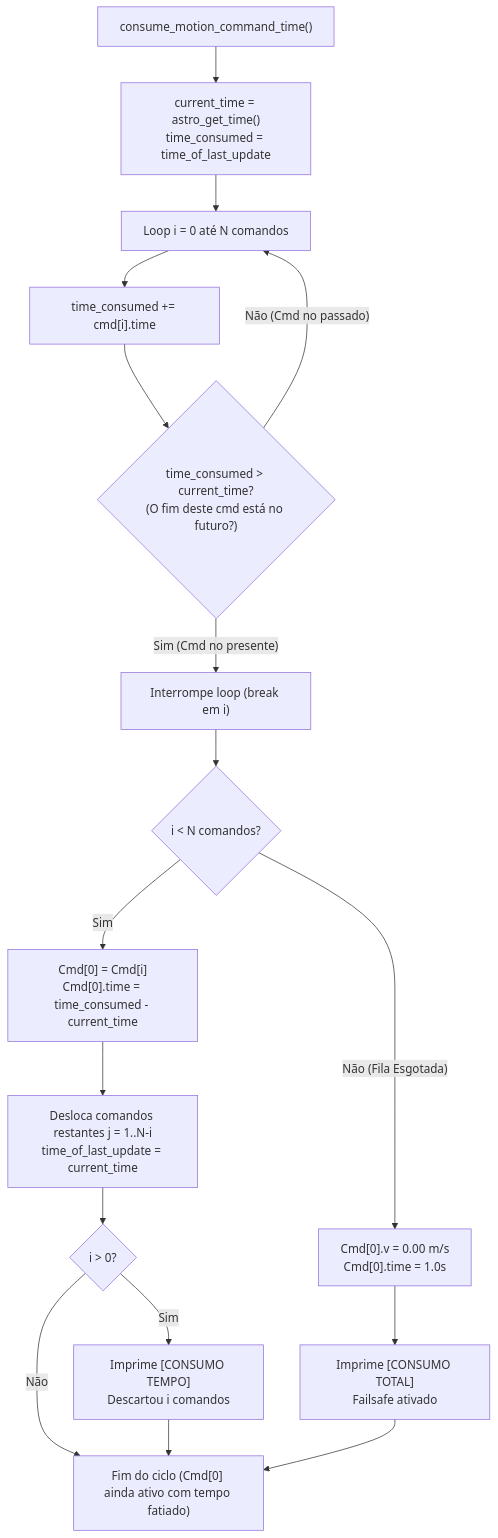
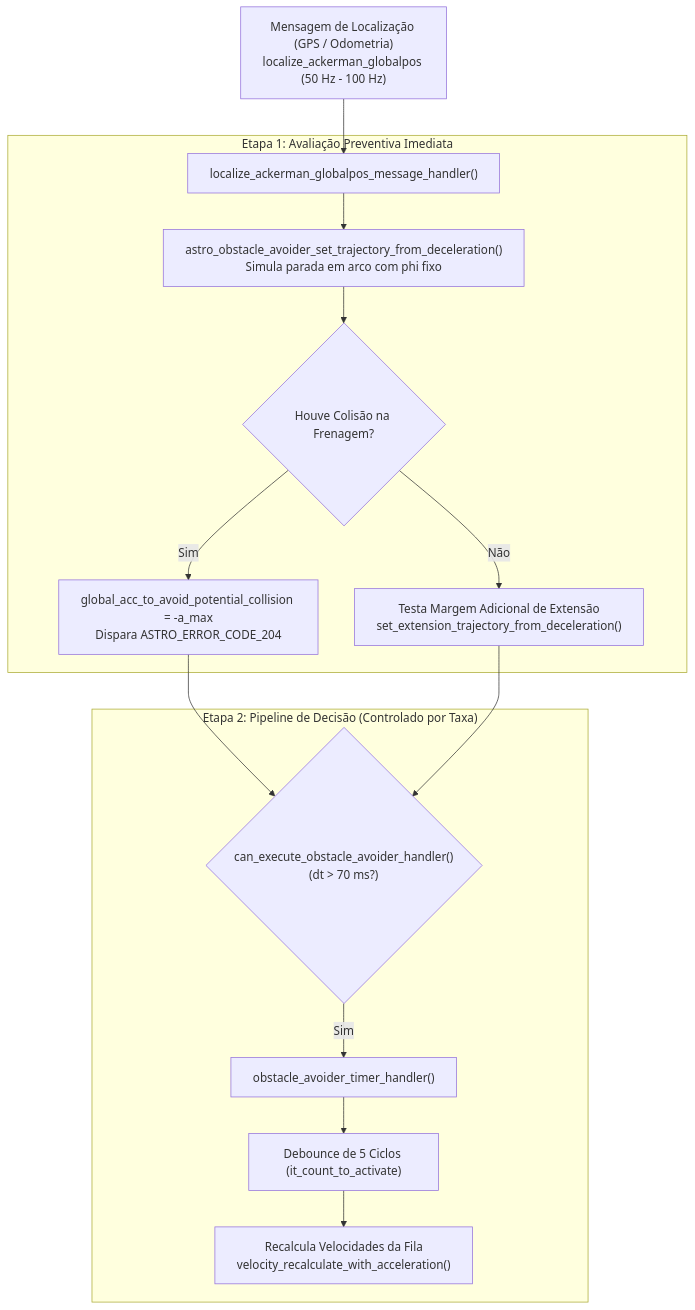
The first of 2 diagrams in README.md (BrenoCSilva/lume), drawn with Mermaid before and after one commit. The commit also changed other lines of this file, not shown here.

````diff
--- a/README.md
+++ b/README.md
@@ -413,21 +16,19 @@
 ```mermaid
 flowchart TD
-    A["consume_motion_command_time()"] --> B["current_time = astro_get_time()<br/>time_consumed = time_of_last_update"]
-    B --> C["Loop i = 0 até N comandos"]
-    C --> D["time_consumed += cmd[i].time"]
-    D --> E{"time_consumed &gt; current_time?<br/>(O fim deste cmd está no futuro?)"}
-    E -- Não (Cmd no passado) --> C
-    E -- Sim (Cmd no presente) --> F["Interrompe loop (break em i)"]
+    LOC["Mensagem de Localização (GPS / Odometria)<br/>localize_ackerman_globalpos (50 Hz - 100 Hz)"] --> HANDLER["localize_ackerman_globalpos_message_handler()"]
+    
+    subgraph S1 ["Etapa 1: Avaliação Preventiva Imediata"]
+        HANDLER --> PREV["astro_obstacle_avoider_set_trajectory_from_deceleration()<br/>Simula parada em arco com phi fixo"]
+        PREV --> RES{"Houve Colisão na Frenagem?"}
+        RES -- "Sim" --> SET_ACC["global_acc_to_avoid_potential_collision = -a_max<br/>Dispara ASTRO_ERROR_CODE_204"]
+        RES -- "Não" --> CHECK_EXT["Testa Margem Adicional de Extensão<br/>set_extension_trajectory_from_deceleration()"]
+    end
 
-    F --> G{"i &lt; N comandos?"}
-    G -- Sim --> H["Cmd[0] = Cmd[i]<br/>Cmd[0].time = time_consumed - current_time"]
-    H --> I["Desloca comandos restantes j = 1..N-i<br/>time_of_last_update = current_time"]
-    I --> J{"i &gt; 0?"}
-    J -- Sim --> K["Imprime [CONSUMO TEMPO]<br/>Descartou i comandos"]
-    J -- Não --> L["Fim do ciclo (Cmd[0] ainda ativo com tempo fatiado)"]
-    K --> L
-
-    G -- Não (Fila Esgotada) --> M["Cmd[0].v = 0.00 m/s<br/>Cmd[0].time = 1.0s"]
-    M --> N["Imprime [CONSUMO TOTAL]<br/>Failsafe ativado"]
-    N --> L
+    subgraph S2 ["Etapa 2: Pipeline de Decisão (Controlado por Taxa)"]
+        SET_ACC --> GATE{"can_execute_obstacle_avoider_handler()<br/>(dt &gt; 70 ms?)"}
+        CHECK_EXT --> GATE
+        GATE -- "Sim" --> TIMER["obstacle_avoider_timer_handler()"]
+        TIMER --> DEBOUNCE["Debounce de 5 Ciclos (it_count_to_activate)"]
+        DEBOUNCE --> REC_VEL["Recalcula Velocidades da Fila<br/>velocity_recalculate_with_acceleration()"]
+    end
 ```
````
